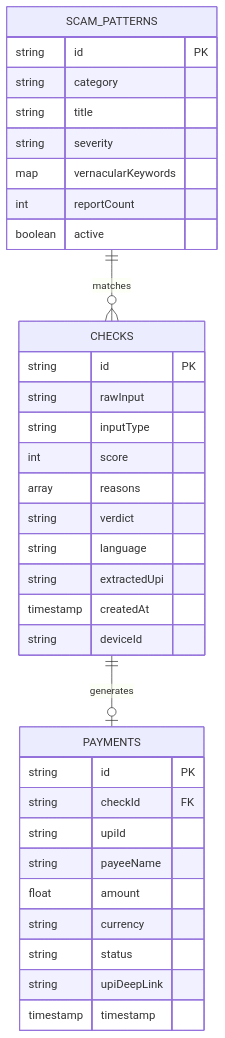
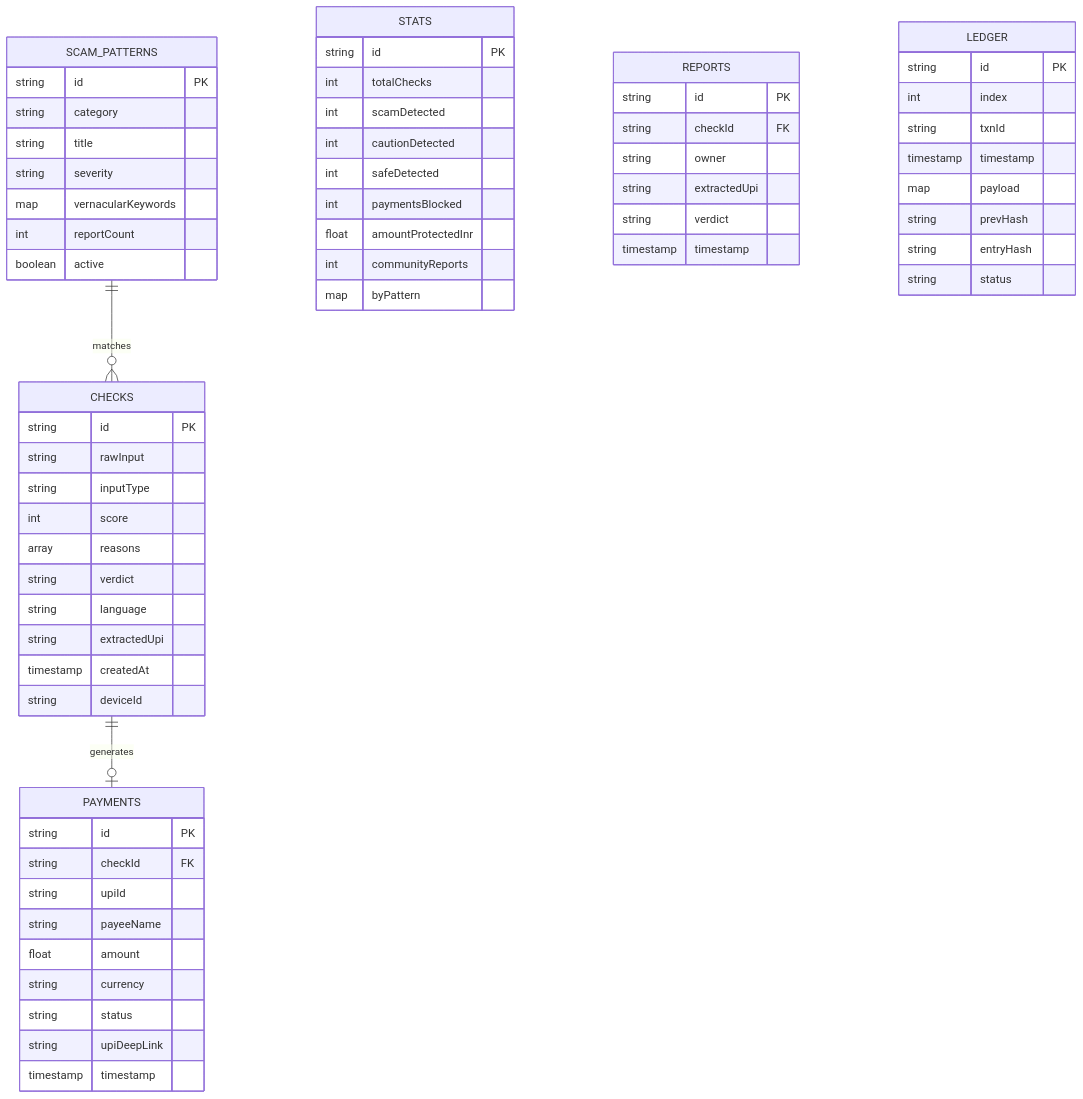
Before and after one commit to ratulexe/trustlayer: the diagram in DATABASE.md, drawn with Mermaid. The commit also changed other lines of this file and 2 other files, not shown here.

Commit message:
feat(ledger): persist cryptographic audit ledger to Firestore with restart resilience and verify endpoint

````diff
--- a/DATABASE.md
+++ b/DATABASE.md
@@ -10,40 +10,72 @@
 ```mermaid
 erDiagram
     CHECKS ||--o| PAYMENTS : "generates"
     SCAM_PATTERNS ||--o{ CHECKS : "matches"
     
     CHECKS {
         string id PK
         string rawInput
         string inputType
         int score
         array reasons
         string verdict
         string language
         string extractedUpi
         timestamp createdAt
         string deviceId
     }
     
     PAYMENTS {
         string id PK
         string checkId FK
         string upiId
         string payeeName
         float amount
         string currency
         string status
         string upiDeepLink
         timestamp timestamp
     }
 
     SCAM_PATTERNS {
         string id PK
         string category
         string title
         string severity
         map vernacularKeywords
         int reportCount
         boolean active
     }
+
+    STATS {
+        string id PK
+        int totalChecks
+        int scamDetected
+        int cautionDetected
+        int safeDetected
+        int paymentsBlocked
+        float amountProtectedInr
+        int communityReports
+        map byPattern
+    }
+
+    REPORTS {
+        string id PK
+        string checkId FK
+        string owner
+        string extractedUpi
+        string verdict
+        timestamp timestamp
+    }
+
+    LEDGER {
+        string id PK
+        int index
+        string txnId
+        timestamp timestamp
+        map payload
+        string prevHash
+        string entryHash
+        string status
+    }
 ```
````
